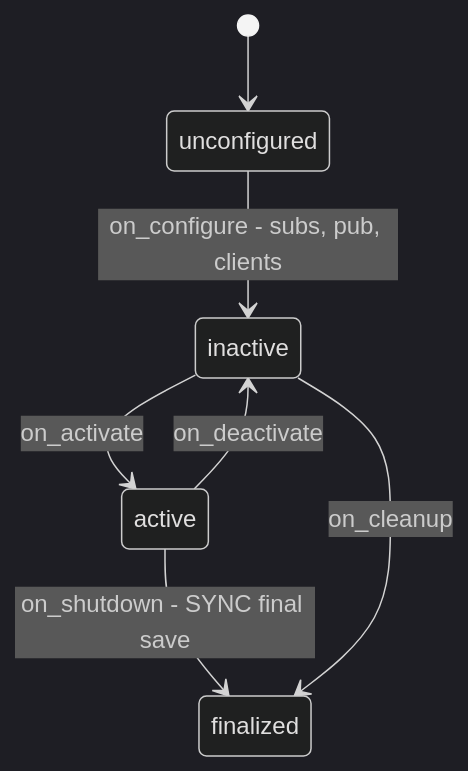
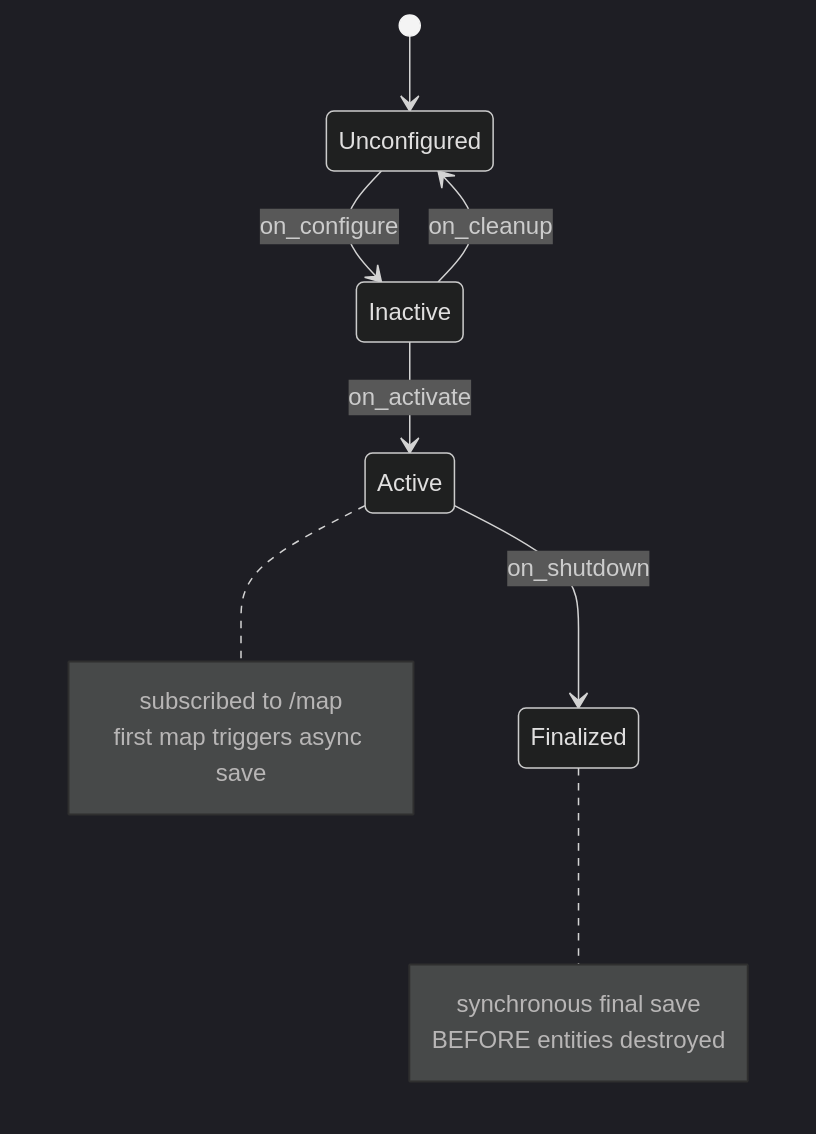
The first of 2 diagrams in 01-literate/02-slam_manager_node.md (Boston-Robot-Hackers/dome_nav), drawn with Mermaid (dark theme) before and after one commit. The commit also changed other lines of this file and 14 other files, not shown here.

First line of the commit message:
docs(literate): regenerate 01-literate + add architecture overview

````diff
--- a/01-literate/02-slam_manager_node.md
+++ b/01-literate/02-slam_manager_node.md
@@ -32,9 +47,16 @@
 ```mermaid
 stateDiagram-v2
-    [*] --> unconfigured
-    unconfigured --> inactive: on_configure - subs, pub, clients
-    inactive --> active: on_activate
-    active --> inactive: on_deactivate
-    active --> finalized: on_shutdown - SYNC final save
-    inactive --> finalized: on_cleanup
+    [*] --> Unconfigured
+    Unconfigured --> Inactive: on_configure
+    Inactive --> Active: on_activate
+    Active --> Finalized: on_shutdown
+    Inactive --> Unconfigured: on_cleanup
+    note right of Active
+        subscribed to /map
+        first map triggers async save
+    end note
+    note right of Finalized
+        synchronous final save
+        BEFORE entities destroyed
+    end note
 ```
````
